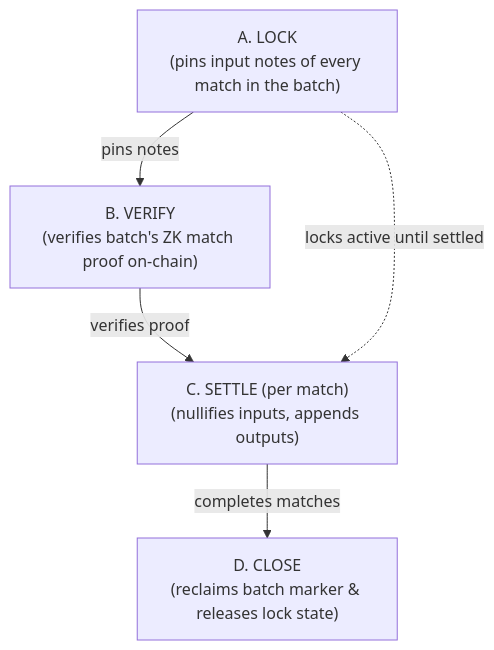
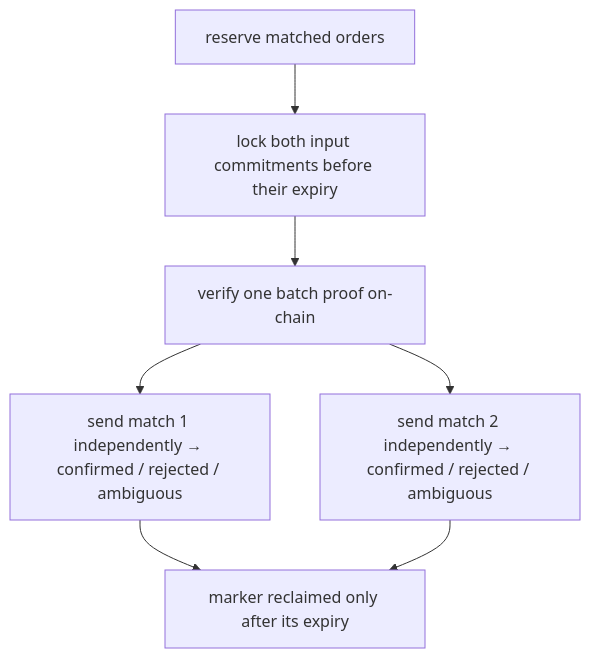
One commit to skysail-labs/website changed the diagram in docs/docs/how-it-works/05-settlement.md. Above: the diagram before and after it, drawn with Mermaid. The commit also changed other lines of this file and 91 other files, not shown here.

````diff
--- a/docs/docs/how-it-works/05-settlement.md
+++ b/docs/docs/how-it-works/05-settlement.md
@@ -39,13 +28,15 @@
 ```mermaid
 flowchart TD
-    A["A. LOCK<br/>(pins input notes of every match in the batch)"]
-    B["B. VERIFY<br/>(verifies batch's ZK match proof on-chain)"]
-    C["C. SETTLE (per match)<br/>(nullifies inputs, appends outputs)"]
-    D["D. CLOSE<br/>(reclaims batch marker & releases lock state)"]
+    A["reserve matched orders"]
+    B["lock both input commitments before their expiry"]
+    C["verify one batch proof on-chain"]
+    D["send match 1 independently → confirmed / rejected / ambiguous"]
+    E["send match 2 independently → confirmed / rejected / ambiguous"]
+    F["marker reclaimed only after its expiry"]
 
-    A -->|"pins notes"| B
-    B -->|"verifies proof"| C
-    C -->|"completes matches"| D
-    
-    A -.->|"locks active until settled"| C
+    A --> B --> C
+    C --> D
+    C --> E
+    D --> F
+    E --> F
 ```
````
